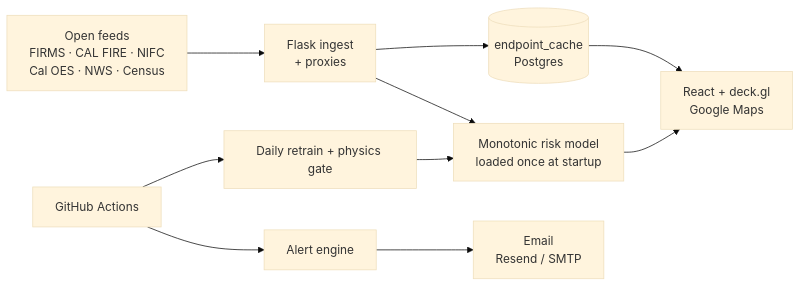
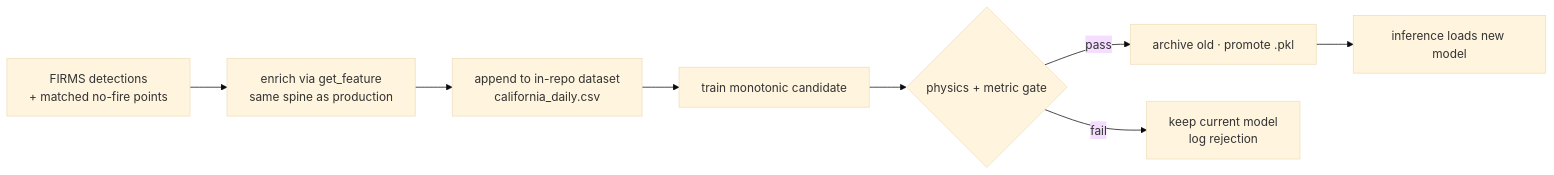
The second of 2 diagrams in README.md (CSUN-ARCS-GeoInfoVisualization/geo-info-data-visualization-project), drawn with Mermaid (base theme) before and after one commit. The commit also changed other lines of this file and 1 other file, not shown here.

First line of the commit message:
docs: graph-audited architecture diagrams (layered system, request lifecycle, retrain loop)

````diff
--- a/README.md
+++ b/README.md
@@ -96,10 +175,10 @@
 ```mermaid
 flowchart LR
-    SRC["Open feeds<br/>FIRMS · CAL FIRE · NIFC<br/>Cal OES · NWS · Census"] --> ING["Flask ingest<br/>+ proxies"]
-    ING --> CACHE[("endpoint_cache<br/>Postgres")]
-    ING --> ML["Monotonic risk model<br/>loaded once at startup"]
-    CACHE --> MAP["React + deck.gl<br/>Google Maps"]
-    ML --> MAP
-    CRON["GitHub Actions"] --> ALERT["Alert engine"] --> MAIL["Email<br/>Resend / SMTP"]
-    CRON --> RT["Daily retrain + physics gate"] --> ML
+    F["FIRMS detections<br/>+ matched no-fire points"] --> EN["enrich via get_feature<br/>same spine as production"]
+    EN --> DS["append to in-repo dataset<br/>california_daily.csv"]
+    DS --> TR["train monotonic candidate"]
+    TR --> G{"physics + metric gate"}
+    G -->|pass| PR["archive old · promote .pkl"]
+    G -->|fail| KEEP["keep current model<br/>log rejection"]
+    PR --> INF["inference loads new model"]
 ```
````
